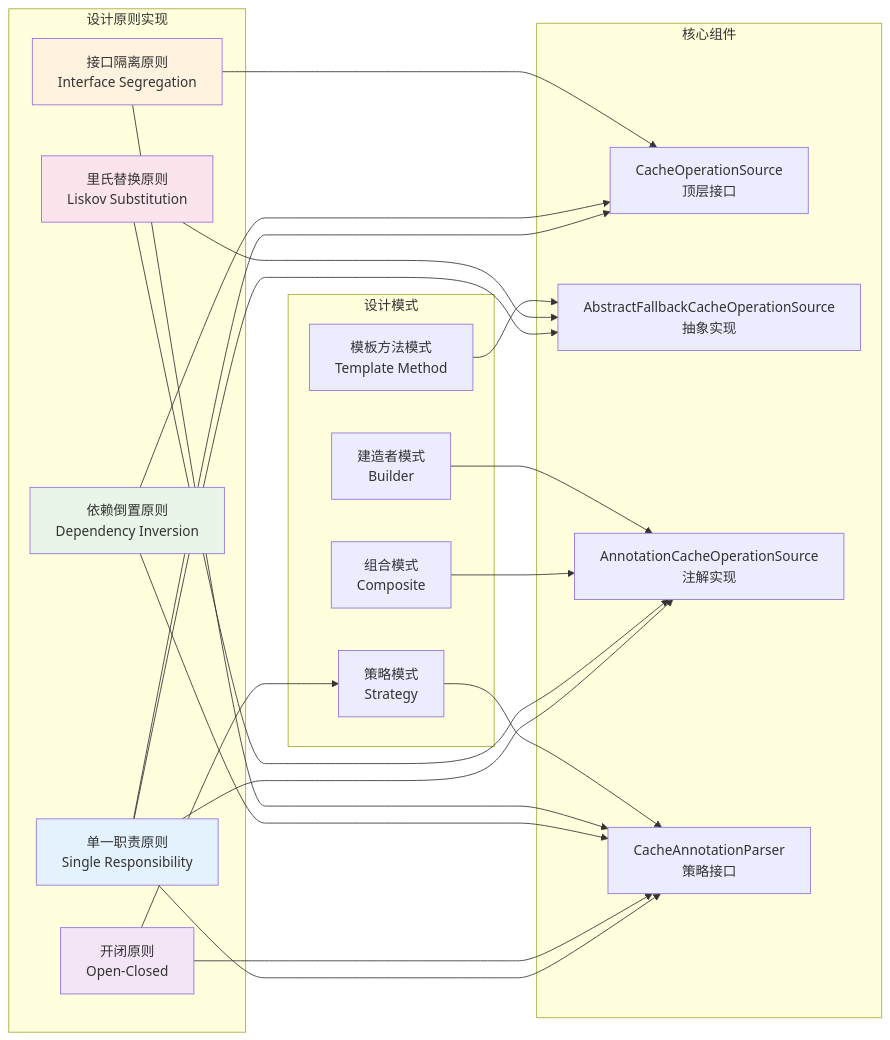
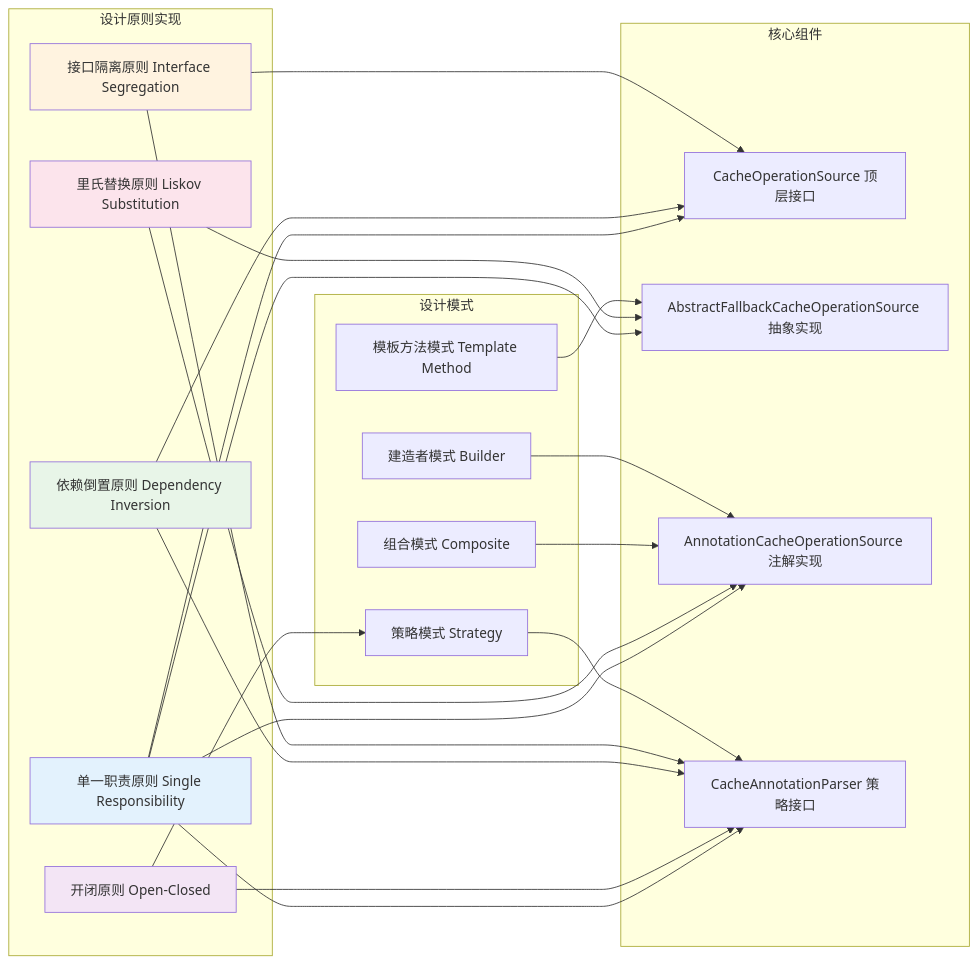
One commit to DavidHLP/blog changed the eighth of 8 diagrams in src/content/note/zh-cn/spring-cache-cacheoperation-source-analysis.md. Above: the diagram before and after it, drawn with Mermaid. The commit also changed other lines of this file and 1 other file, not shown here.

````diff
--- a/src/content/note/zh-cn/spring-cache-cacheoperation-source-analysis.md
+++ b/src/content/note/zh-cn/spring-cache-cacheoperation-source-analysis.md
@@ -1298,52 +1298,52 @@
 ```mermaid
 graph LR
     subgraph "设计原则实现"
-        A["单一职责原则\nSingle Responsibility"]
-        B["开闭原则\nOpen-Closed"]
-        C["依赖倒置原则\nDependency Inversion"]
-        D["接口隔离原则\nInterface Segregation"]
-        E["里氏替换原则\nLiskov Substitution"]
+        A["单一职责原则 Single Responsibility"]
+        B["开闭原则 Open-Closed"]
+        C["依赖倒置原则 Dependency Inversion"]
+        D["接口隔离原则 Interface Segregation"]
+        E["里氏替换原则 Liskov Substitution"]
     end
 
     subgraph "核心组件"
-        F["CacheOperationSource\n顶层接口"]
-        G["AbstractFallbackCacheOperationSource\n抽象实现"]
-        H["AnnotationCacheOperationSource\n注解实现"]
-        I["CacheAnnotationParser\n策略接口"]
+        F["CacheOperationSource 顶层接口"]
+        G["AbstractFallbackCacheOperationSource 抽象实现"]
+        H["AnnotationCacheOperationSource 注解实现"]
+        I["CacheAnnotationParser 策略接口"]
     end
 
     subgraph "设计模式"
-        J["策略模式\nStrategy"]
-        K["模板方法模式\nTemplate Method"]
-        L["组合模式\nComposite"]
-        M["建造者模式\nBuilder"]
+        J["策略模式 Strategy"]
+        K["模板方法模式 Template Method"]
+        L["组合模式 Composite"]
+        M["建造者模式 Builder"]
     end
 
     A --> F
     A --> G
     A --> H
     A --> I
 
     B --> J
     B --> I
 
     C --> F
     C --> I
 
     D --> F
     D --> I
 
     E --> G
     E --> H
 
     J --> I
     K --> G
     L --> H
     M --> H
 
     style A fill:#e3f2fd
     style B fill:#f3e5f5
     style C fill:#e8f5e8
     style D fill:#fff3e0
     style E fill:#fce4ec
 ```
````
